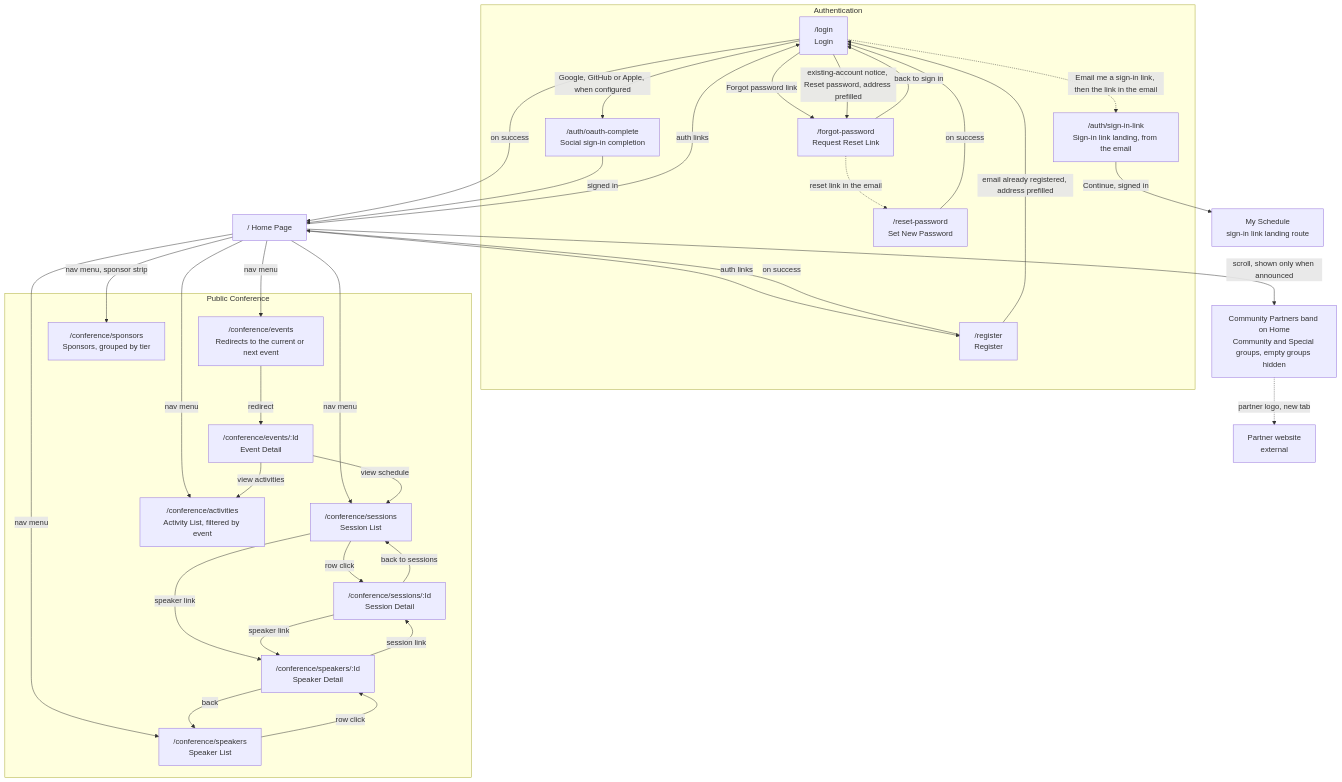
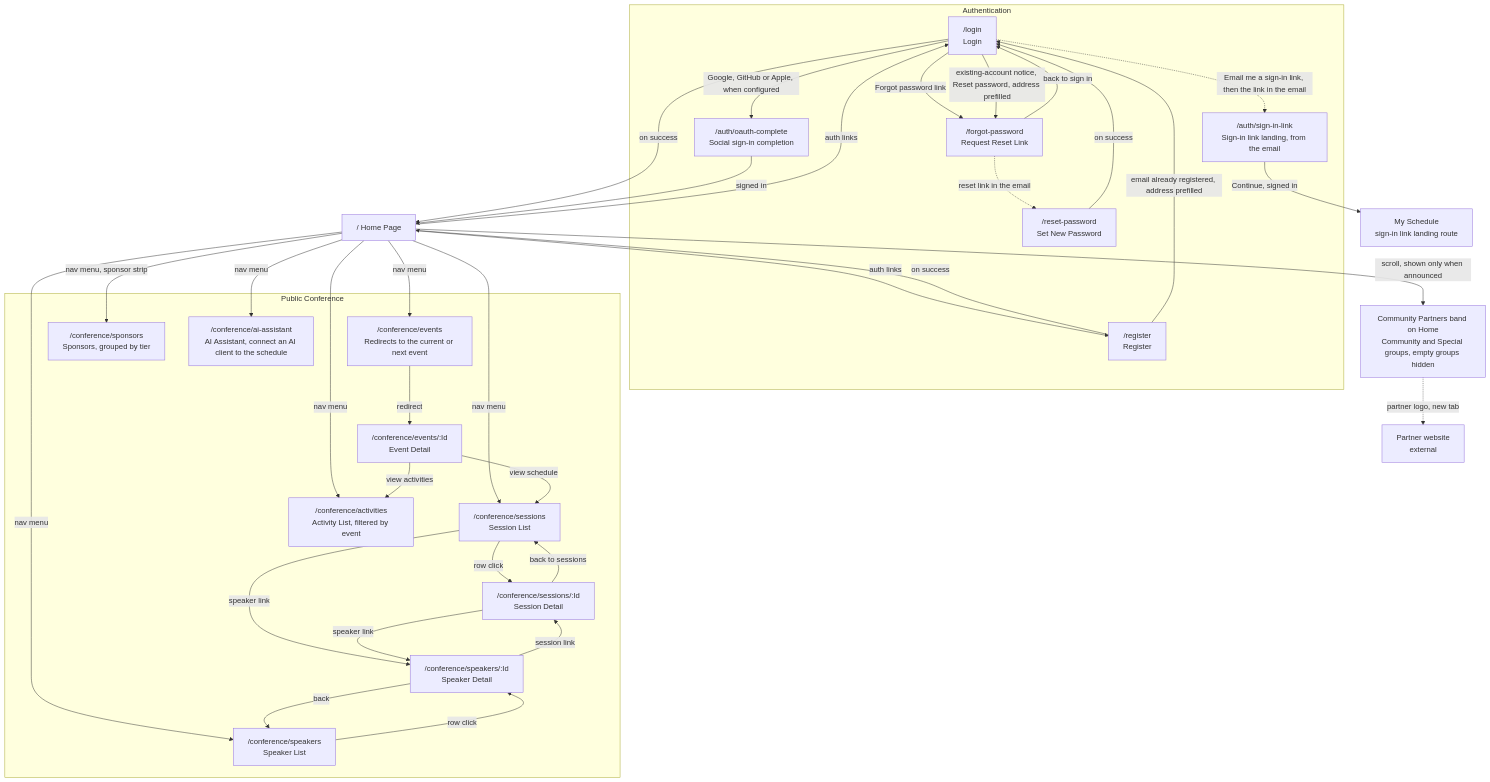
The first of 14 diagrams in docs-src/guides/adc-NavigationFlow.md (ivanball/ivanball.github.io), drawn with Mermaid before and after one commit. The commit also changed other lines of this file and 11 other files, not shown here.

````diff
--- a/docs-src/guides/adc-NavigationFlow.md
+++ b/docs-src/guides/adc-NavigationFlow.md
@@ -25,64 +25,66 @@
 ```mermaid
 flowchart TD
     subgraph Auth["Authentication"]
         Login["/login<br/>Login"]
         Register["/register<br/>Register"]
         OAuthComplete["/auth/oauth-complete<br/>Social sign-in completion"]
         ForgotPassword["/forgot-password<br/>Request Reset Link"]
         ResetPassword["/reset-password<br/>Set New Password"]
         SignInLink["/auth/sign-in-link<br/>Sign-in link landing, from the email"]
     end
 
     subgraph Public["Public Conference"]
         PubEvents["/conference/events<br/>Redirects to the current or next event"]
         PubEventDetail["/conference/events/:Id<br/>Event Detail"]
         PubSessions["/conference/sessions<br/>Session List"]
         PubSessionDetail["/conference/sessions/:Id<br/>Session Detail"]
         PubSpeakers["/conference/speakers<br/>Speaker List"]
         PubSpeakerDetail["/conference/speakers/:Id<br/>Speaker Detail"]
         PubSponsors["/conference/sponsors<br/>Sponsors, grouped by tier"]
         PubActivities["/conference/activities<br/>Activity List, filtered by event"]
+        PubAiAssistant["/conference/ai-assistant<br/>AI Assistant, connect an AI client to the schedule"]
     end
 
     Home["/  Home Page"]
     HomePartners["Community Partners band on Home<br/>Community and Special groups, empty groups hidden"]
     PartnerSite["Partner website<br/>external"]
 
     Home -->|nav menu| PubEvents
     Home -->|nav menu| PubSessions
     Home -->|nav menu| PubSpeakers
     Home -->|nav menu, sponsor strip| PubSponsors
     Home -->|scroll, shown only when announced| HomePartners
     HomePartners -.->|partner logo, new tab| PartnerSite
     Home -->|nav menu| PubActivities
+    Home -->|nav menu| PubAiAssistant
     Home -->|auth links| Login
     Home -->|auth links| Register
 
     Login -->|on success| Home
     Register -->|on success| Home
     Login -->|Google, GitHub or Apple, when configured| OAuthComplete
     OAuthComplete -->|signed in| Home
 
     Login -->|Forgot password link| ForgotPassword
     Register -->|email already registered, address prefilled| Login
     Login -->|existing-account notice, Reset password, address prefilled| ForgotPassword
     ForgotPassword -->|back to sign in| Login
     ForgotPassword -.->|reset link in the email| ResetPassword
     ResetPassword -->|on success| Login
 
     Login -.->|Email me a sign-in link, then the link in the email| SignInLink
     SignInLink -->|Continue, signed in| MySchedule["My Schedule<br/>sign-in link landing route"]
 
     PubEvents -->|redirect| PubEventDetail
     PubEventDetail -->|view schedule| PubSessions
     PubEventDetail -->|view activities| PubActivities
 
     PubSessions -->|row click| PubSessionDetail
     PubSessions -->|speaker link| PubSpeakerDetail
     PubSessionDetail -->|back to sessions| PubSessions
     PubSessionDetail -->|speaker link| PubSpeakerDetail
 
     PubSpeakers -->|row click| PubSpeakerDetail
     PubSpeakerDetail -->|session link| PubSessionDetail
     PubSpeakerDetail -->|back| PubSpeakers
 ```
````
